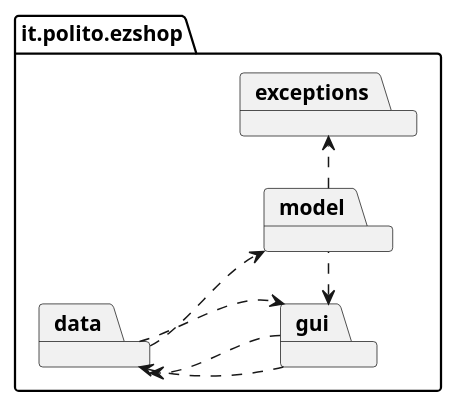
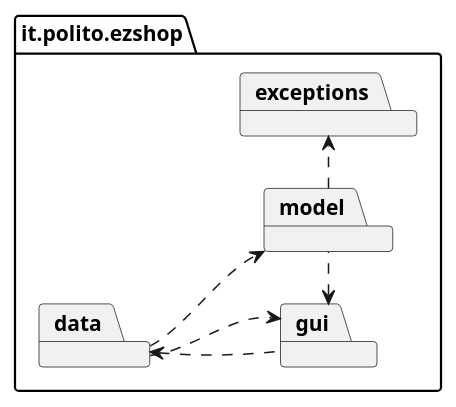
The first of 4 diagrams in Deliverables/DesignDocument.md (marco-ballario/EzShop), drawn with PlantUML before and after one commit.

Commit message:
fix: package diagram

````diff
--- a/Deliverables/DesignDocument.md
+++ b/Deliverables/DesignDocument.md
@@ -28,18 +28,17 @@
 ```plantuml
 @startuml
 package "it.polito.ezshop" {
   left to right direction
   package gui
   package model
   package data
   package exceptions
 }
 
 model .r.> exceptions
 data ..> model
 gui .l.> data
 model .l.> gui
-gui ..> data
 data ..> gui
 @enduml
 ```
````
